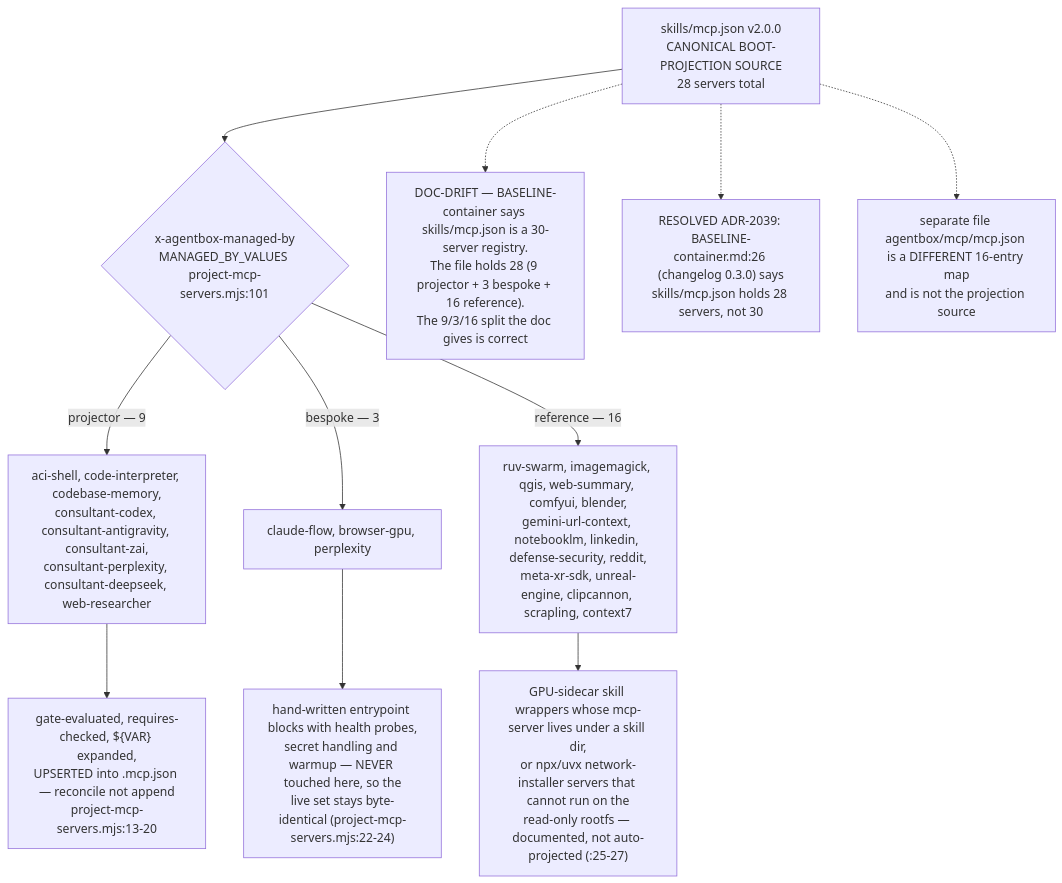
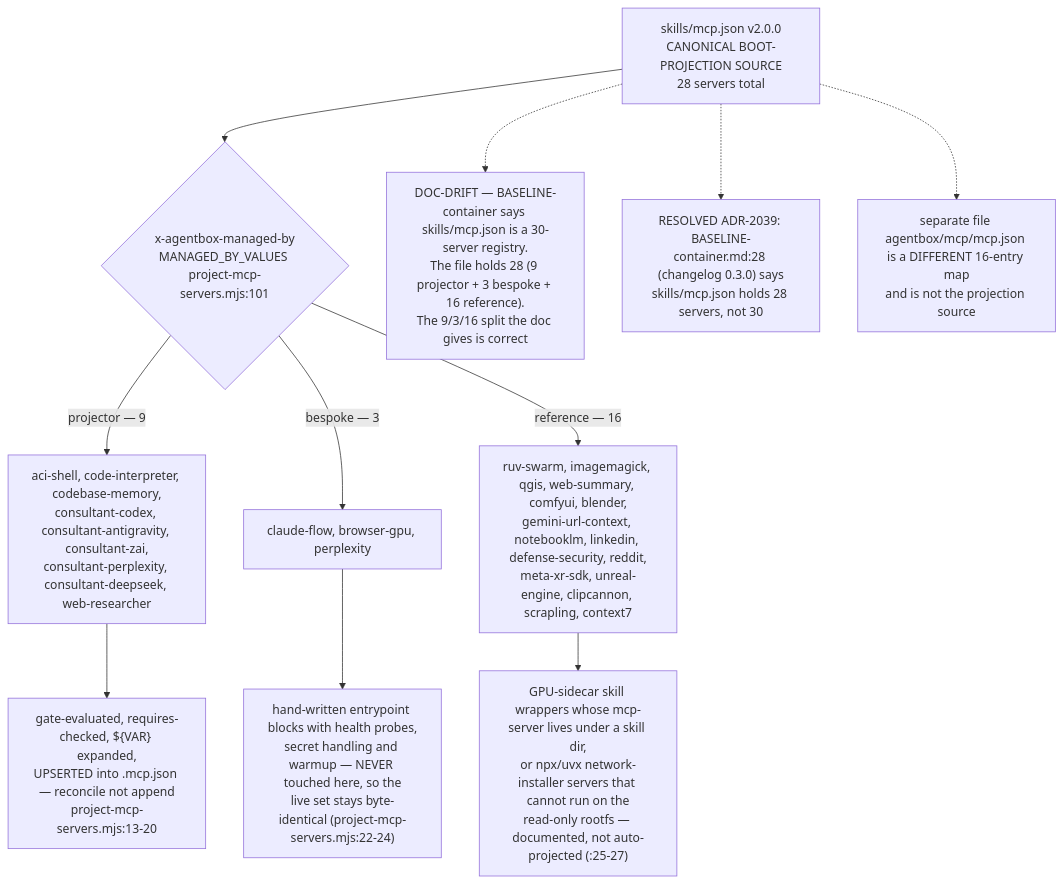
One commit to DreamLab-AI/VisionFlow changed the first of 7 diagrams in docs/diagrams/agentbox/09-mcp-servers-catalogue.md. Above: the diagram before and after it, drawn with Mermaid. The commit also changed other lines of this file and 145 other files, not shown here.

````diff
--- a/docs/diagrams/agentbox/09-mcp-servers-catalogue.md
+++ b/docs/diagrams/agentbox/09-mcp-servers-catalogue.md
@@ -36,13 +36,13 @@
 ```mermaid
 flowchart TD
     REG["skills/mcp.json v2.0.0<br/>CANONICAL BOOT-PROJECTION SOURCE<br/>28 servers total"] --> CLS{"x-agentbox-managed-by<br/>MANAGED_BY_VALUES project-mcp-servers.mjs:101"}
     CLS -->|projector — 9| PJ["aci-shell, code-interpreter, codebase-memory,<br/>consultant-codex, consultant-antigravity, consultant-zai,<br/>consultant-perplexity, consultant-deepseek, web-researcher"]
     CLS -->|bespoke — 3| BS["claude-flow, browser-gpu, perplexity"]
     CLS -->|reference — 16| RF["ruv-swarm, imagemagick, qgis, web-summary, comfyui, blender,<br/>gemini-url-context, notebooklm, linkedin, defense-security, reddit,<br/>meta-xr-sdk, unreal-engine, clipcannon, scrapling, context7"]
     PJ --> ACT["gate-evaluated, requires-checked, ${VAR} expanded,<br/>UPSERTED into .mcp.json — reconcile not append<br/>project-mcp-servers.mjs:13-20"]
     BS --> NEVER["hand-written entrypoint blocks with health probes,<br/>secret handling and warmup — NEVER touched here, so the<br/>live set stays byte-identical (project-mcp-servers.mjs:22-24)"]
     RF --> DOC["GPU-sidecar skill wrappers whose mcp-server lives under a skill dir,<br/>or npx/uvx network-installer servers that cannot run on the<br/>read-only rootfs — documented, not auto-projected (:25-27)"]
     REG -.-> D1["DOC-DRIFT — BASELINE-container says skills/mcp.json is a 30-server registry.<br/>The file holds 28 (9 projector + 3 bespoke + 16 reference).<br/>The 9/3/16 split the doc gives is correct"]
-    REG -.-> D1R["RESOLVED ADR-2039: BASELINE-container.md:26 (changelog 0.3.0) says<br/>skills/mcp.json holds 28 servers, not 30"]
+    REG -.-> D1R["RESOLVED ADR-2039: BASELINE-container.md:28 (changelog 0.3.0) says<br/>skills/mcp.json holds 28 servers, not 30"]
     REG -.-> D2["separate file agentbox/mcp/mcp.json is a DIFFERENT 16-entry map<br/>and is not the projection source"]
 ```
````
